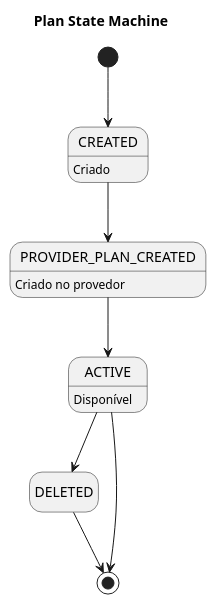
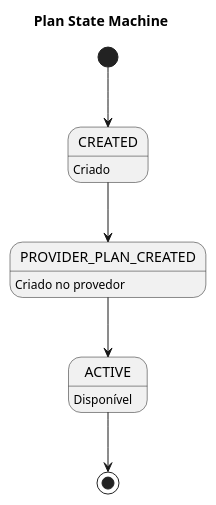
The diagram in src/fsm/docs/plan.fsm.wsd (holding-fpass/base-sdk), drawn with PlantUML before and after one commit. The commit also changed 4 other files, not shown here.

```diff
--- a/src/fsm/docs/plan.fsm.wsd
+++ b/src/fsm/docs/plan.fsm.wsd
@@ -1,14 +1,12 @@
 @startuml Plan State Machine
 title Plan State Machine
 hide empty description
 
 [*] --> CREATED
 CREATED: Criado
 CREATED --> PROVIDER_PLAN_CREATED
 PROVIDER_PLAN_CREATED: Criado no provedor
 PROVIDER_PLAN_CREATED --> ACTIVE
 ACTIVE: Disponível
-ACTIVE --> DELETED
 ACTIVE --> [*]
-DELETED --> [*]
 @enduml
```
